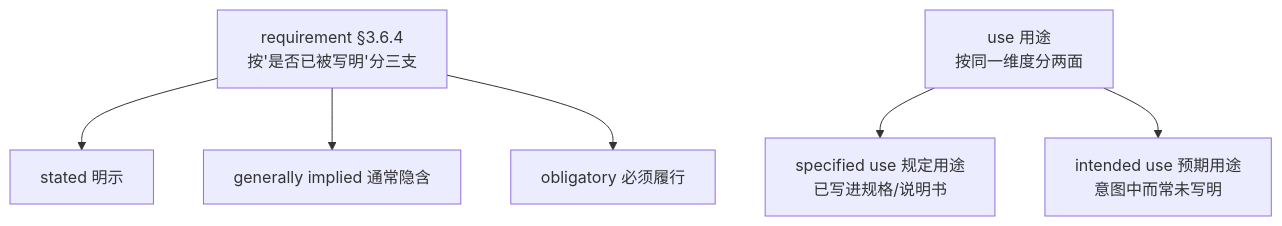
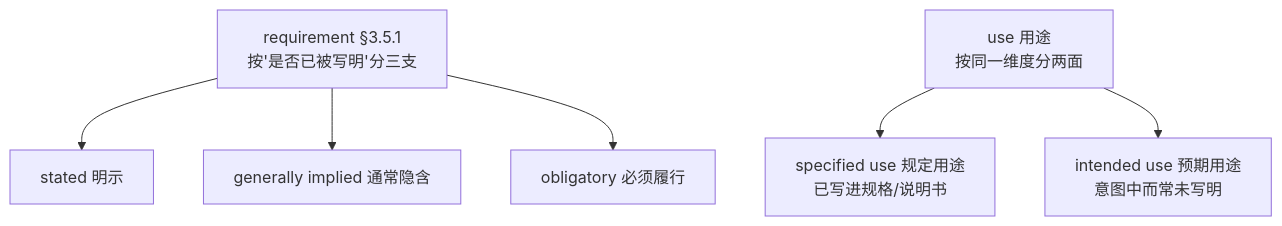
One commit to Yongjunzhou/AOS-system-design changed the fourth of 14 diagrams in 100-subprojects/01-系统工程研究/00-系统工程相关研究报告/23-判据体系研究报告-从验证确认到治理的判据阶梯.md. Above: the diagram before and after it, drawn with Mermaid. The commit also changed other lines of this file and 38 other files, not shown here.

````diff
--- a/100-subprojects/01-系统工程研究/00-系统工程相关研究报告/23-判据体系研究报告-从验证确认到治理的判据阶梯.md
+++ b/100-subprojects/01-系统工程研究/00-系统工程相关研究报告/23-判据体系研究报告-从验证确认到治理的判据阶梯.md
@@ -324,11 +350,11 @@
 ```mermaid
 flowchart TD
-    RQ["requirement §3.6.4<br/>按'是否已被写明'分三支"]
+    RQ["requirement §3.5.1<br/>按'是否已被写明'分三支"]
     RQ --> S["stated 明示"]
     RQ --> I["generally implied 通常隐含"]
     RQ --> O["obligatory 必须履行"]
 
     U["use 用途<br/>按同一维度分两面"]
     U --> SU["specified use 规定用途<br/>已写进规格/说明书"]
     U --> IU["intended use 预期用途<br/>意图中而常未写明"]
 ```
````
